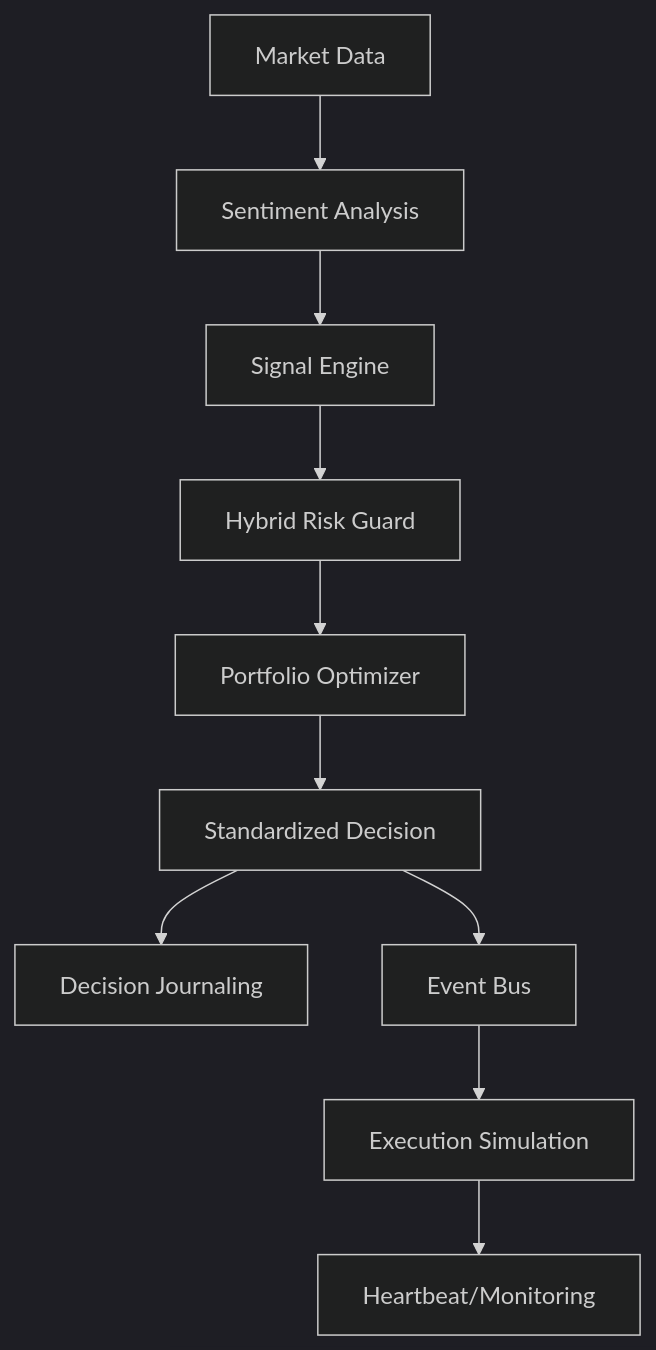
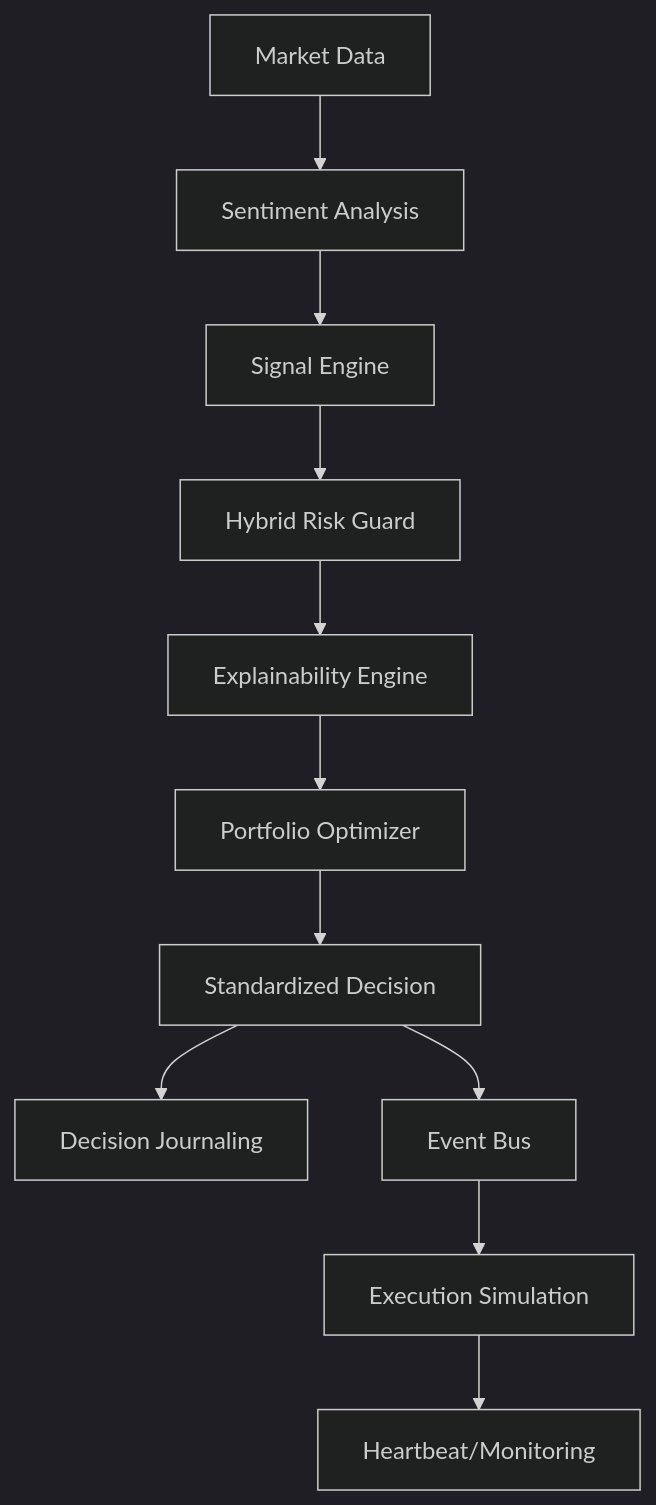
The diagram in README.md (Berkayzeren/zeren-ai-lite), drawn with Mermaid (dark theme) before and after one commit. The commit also changed other lines of this file and 4 other files, not shown here.

````diff
--- a/README.md
+++ b/README.md
@@ -25,12 +25,13 @@
 ```mermaid
 graph TD
     Data[Market Data] --> Sent[Sentiment Analysis]
     Sent --> Sig[Signal Engine]
     Sig --> Risk[Hybrid Risk Guard]
-    Risk --> Opt[Portfolio Optimizer]
+    Risk --> XAI[Explainability Engine]
+    XAI --> Opt[Portfolio Optimizer]
     Opt --> Decision[Standardized Decision]
     Decision --> Journal[Decision Journaling]
     Decision --> Bus[Event Bus]
     Bus --> Exec[Execution Simulation]
     Exec --> Heart[Heartbeat/Monitoring]
 ```
````
